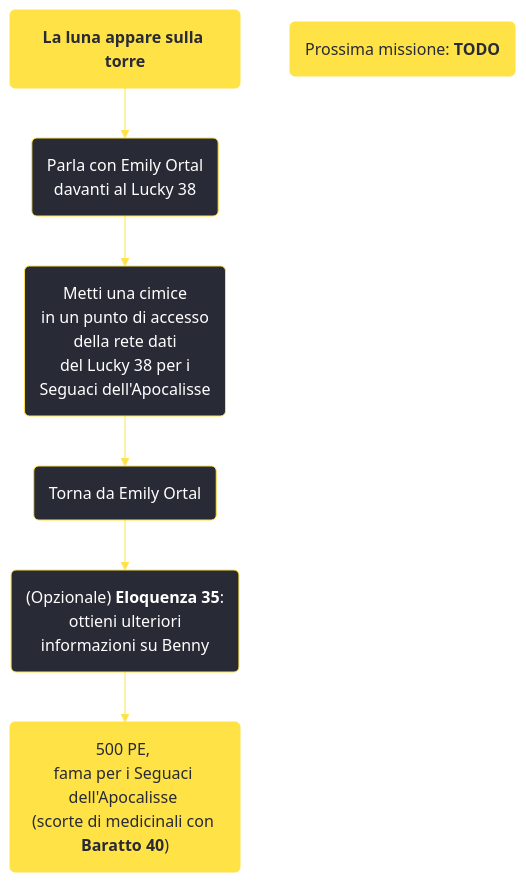
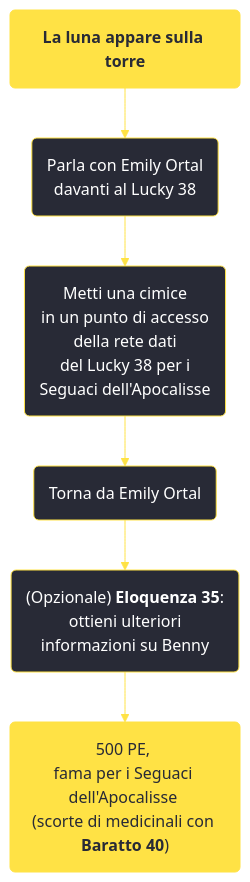
Before and after one commit to persy/wastelander: the diagram in content/voci/fallout new vegas/missioni/La luna appare sulla torre.md, drawn with Mermaid. The commit also changed 359 other files, not shown here.

````diff
--- a/content/voci/fallout new vegas/missioni/La luna appare sulla torre.md
+++ b/content/voci/fallout new vegas/missioni/La luna appare sulla torre.md
@@ -32,16 +32,16 @@
 ```mermaid
 %%{init: {'theme': 'base', 'themeVariables': { 'primaryColor': '#282a36', 'primaryBorderColor': '#ffe245', 'primaryTextColor': '#fff', 'lineColor': '#ffe245', 'fontFamily': 'Jura'}}}%%
 graph TD;
     id1(<b>La luna appare sulla torre</b>):::questfnv
     id2(Parla con Emily Ortal <br />davanti al Lucky 38)
     id3(Metti una cimice <br />in un punto di accesso <br />della rete dati <br />del Lucky 38 per i <br />Seguaci dell'Apocalisse)
     id4(Torna da Emily Ortal)
     id5("(Opzionale) <b>Eloquenza 35</b>: <br />ottieni ulteriori <br />informazioni su Benny")
     id6("500 PE, <br />fama per i Seguaci dell'Apocalisse <br />(scorte di medicinali con <b>Baratto 40</b>)"):::rewardfnv
-    id(Prossima missione: <b>TODO</b>):::questfnv
+
     id1-->id2-->id3-->id4-->id5-->id6
     
     
     classDef rewardfnv fill:#ffe245, stroke:#ffe245, color:#282a36;
     classDef questfnv fill:#ffe245, stroke:#ffe245, color:#282a36;
 ```
````
